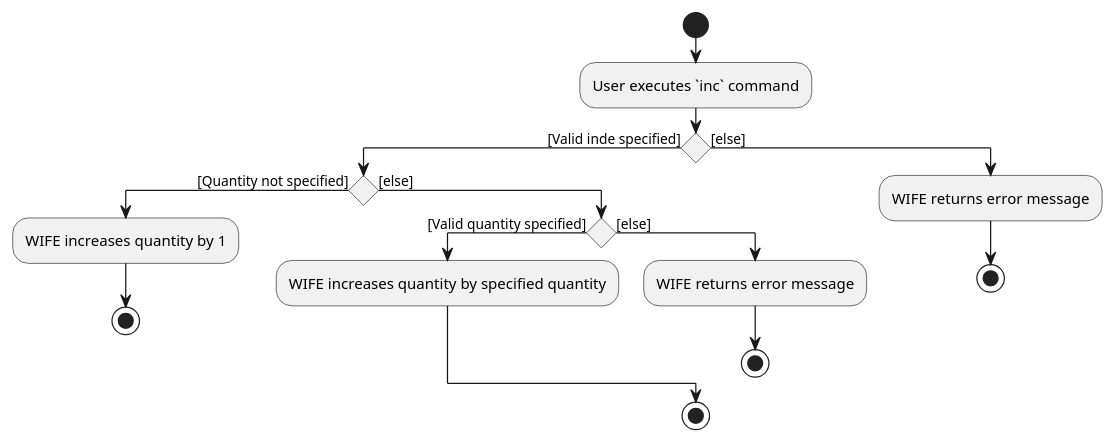
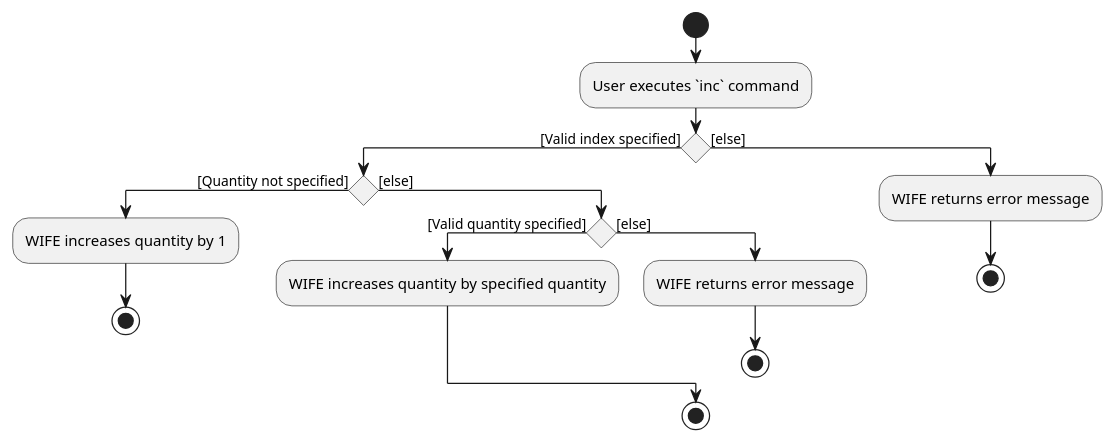
One commit to nus-cs2103-AY2223S2/tp changed the diagram in docs/diagrams/IncreaseQuantityActivityDiagram.puml. Above: the diagram before and after it, drawn with PlantUML. The commit also changed 15 other files, not shown here.

```diff
--- a/docs/diagrams/IncreaseQuantityActivityDiagram.puml
+++ b/docs/diagrams/IncreaseQuantityActivityDiagram.puml
@@ -1,25 +1,25 @@
 @startuml
 start
 :User executes `inc` command;
 
 'Since the beta syntax does not support placing the condition outside the
 'diamond we place it as the true branch instead.
 
-if () then ([Valid inde specified])
+if () then ([Valid index specified])
     if () then ([Quantity not specified])
         :WIFE increases quantity by 1;
         stop;
     else ([else])
         if () then ([Valid quantity specified])
             :WIFE increases quantity by specified quantity;
         else ([else])
             :WIFE returns error message;
             stop
         endif
     endif
 else ([else])
     :WIFE returns error message;
     stop;
 endif
 stop
 @enduml
```
